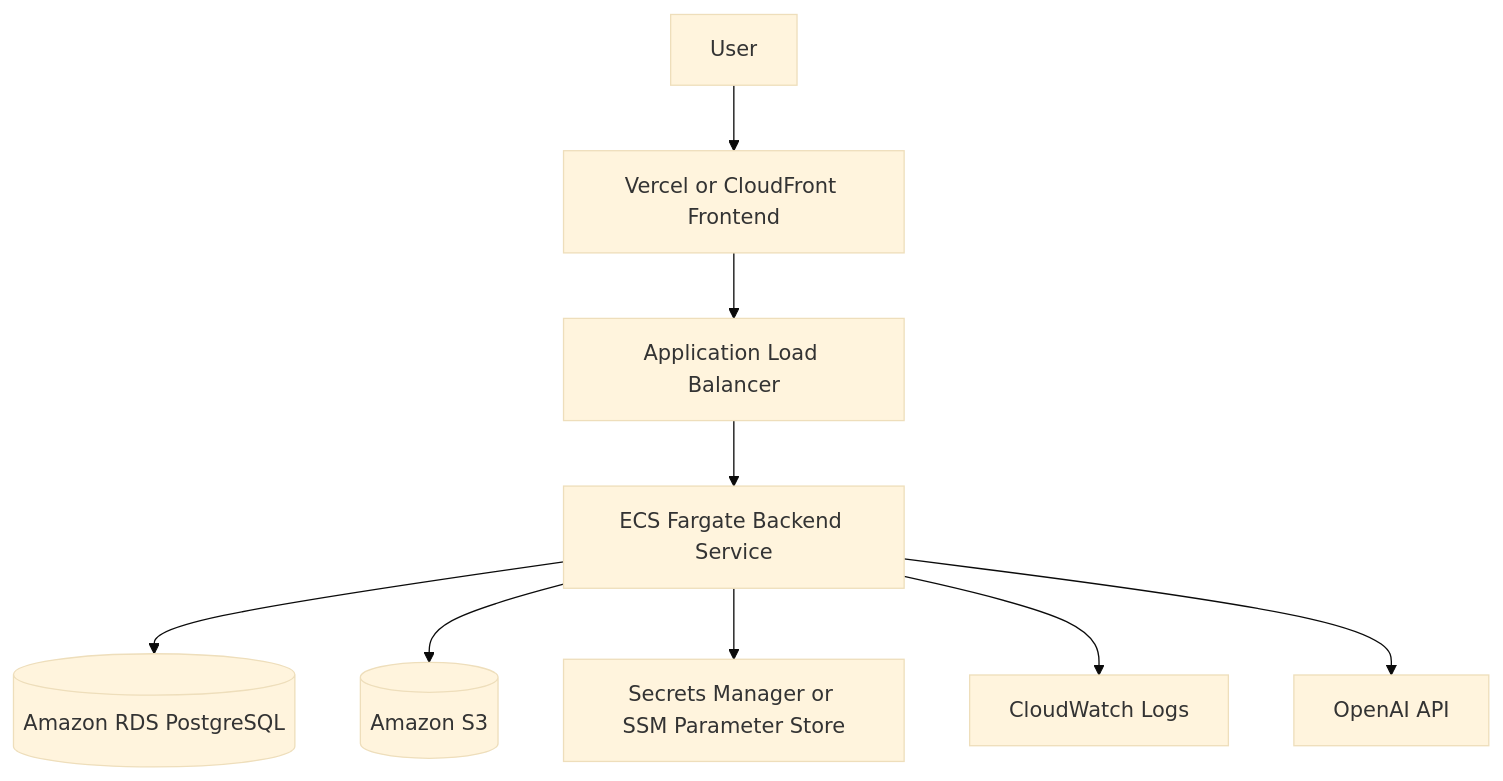
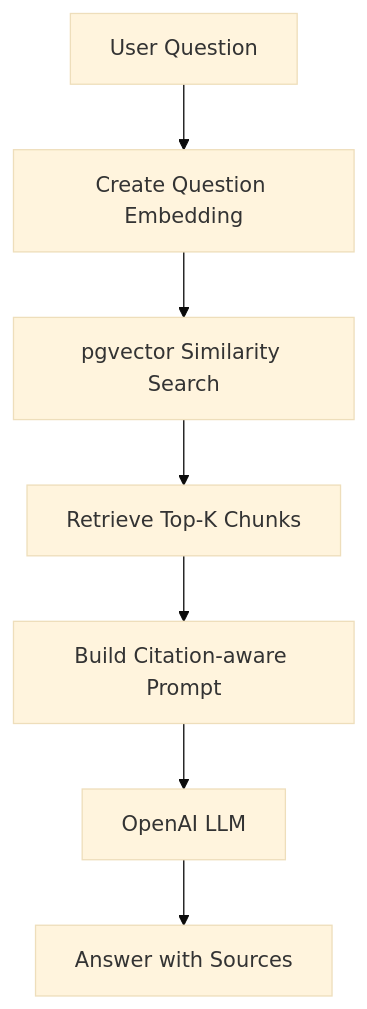
Before and after one commit to wangxx1412/ai-workspace-platform: the fifth of 6 diagrams in docs/architecture.md, drawn with Mermaid (base theme). The commit also changed other lines of this file and 2 other files, not shown here.

````diff
--- a/docs/architecture.md
+++ b/docs/architecture.md
@@ -179,11 +140,9 @@
 ```mermaid
 graph TD
-    User[User] --> Vercel[Vercel or CloudFront Frontend]
-    Vercel --> ALB[Application Load Balancer]
-    ALB --> ECS[ECS Fargate Backend Service]
-    ECS --> RDS[(Amazon RDS PostgreSQL)]
-    ECS --> S3[(Amazon S3)]
-    ECS --> Secrets[Secrets Manager or SSM Parameter Store]
-    ECS --> CloudWatch[CloudWatch Logs]
-    ECS --> OpenAI[OpenAI API]
+    UserQuestion[User Question] --> QuestionEmbedding[Create Question Embedding]
+    QuestionEmbedding --> VectorSearch[pgvector Similarity Search]
+    VectorSearch --> TopK[Retrieve Top-K Chunks]
+    TopK --> Prompt[Build Citation-aware Prompt]
+    Prompt --> LLM[OpenAI LLM]
+    LLM --> Answer[Answer with Sources]
 ```
````
